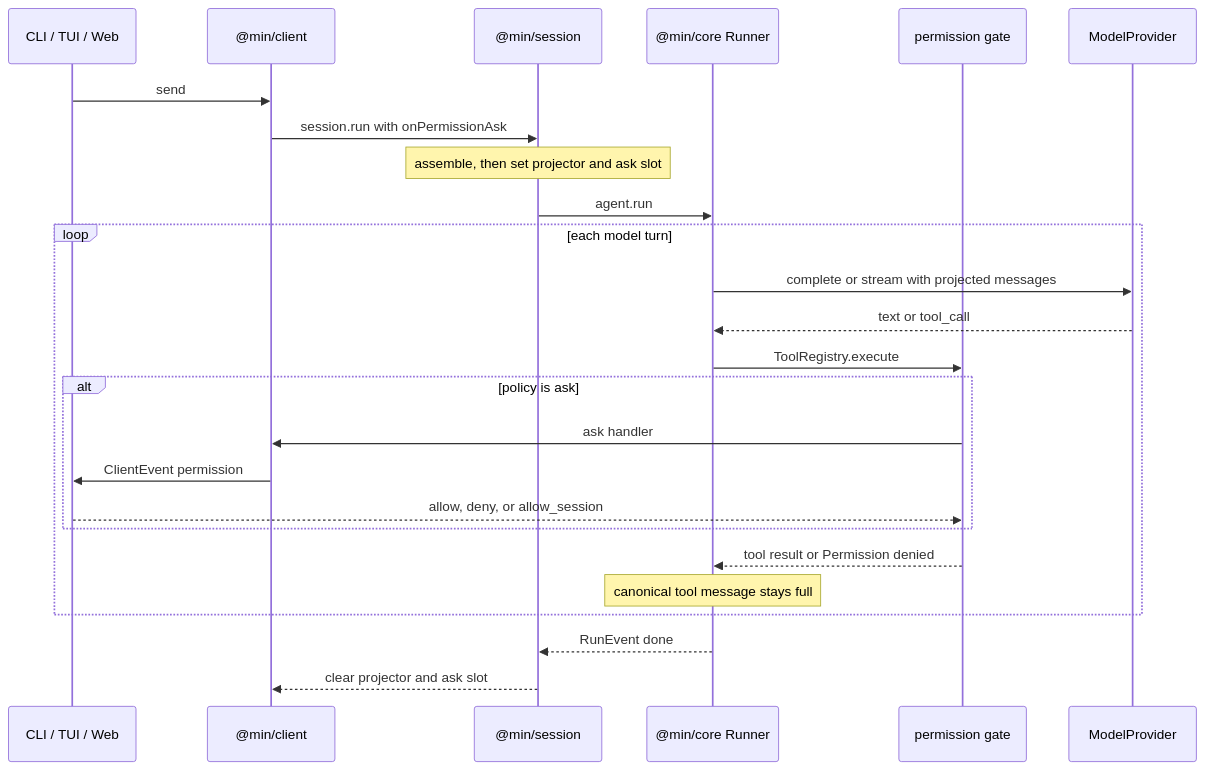
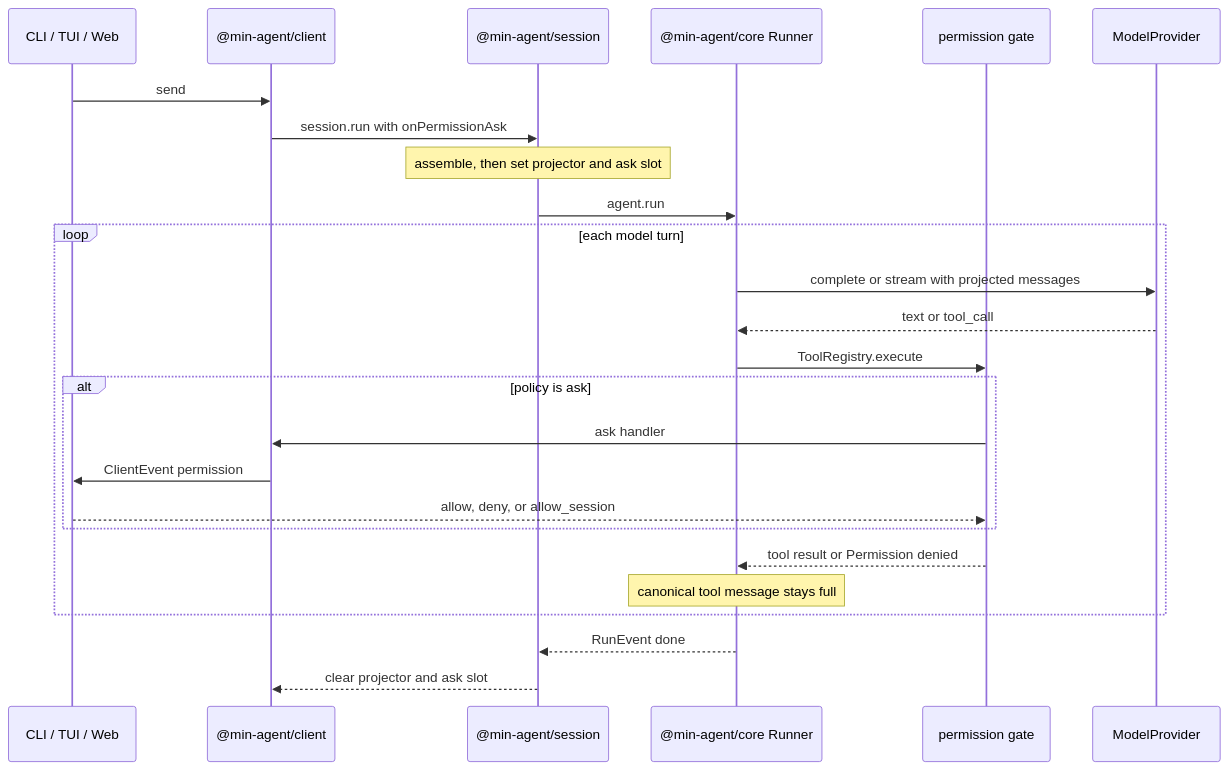
Before and after one commit to JonathanLee-LX/min: the second of 2 diagrams in README.md, drawn with Mermaid. The commit also changed other lines of this file and 107 other files, not shown here.

First line of the commit message:
chore: cut 0.1.0-alpha.0 under @min-agent

````diff
--- a/README.md
+++ b/README.md
@@ -78,28 +107,28 @@
 ```mermaid
 sequenceDiagram
   participant UI as CLI / TUI / Web
-  participant Client as @min/client
-  participant Session as @min/session
-  participant Runner as @min/core Runner
+  participant Client as @min-agent/client
+  participant Session as @min-agent/session
+  participant Runner as @min-agent/core Runner
   participant Gate as permission gate
   participant Model as ModelProvider
 
   UI->>Client: send
   Client->>Session: session.run with onPermissionAsk
   Note over Session: assemble, then set projector and ask slot
   Session->>Runner: agent.run
   loop each model turn
     Runner->>Model: complete or stream with projected messages
     Model-->>Runner: text or tool_call
     Runner->>Gate: ToolRegistry.execute
     alt policy is ask
       Gate->>Client: ask handler
       Client->>UI: ClientEvent permission
       UI-->>Gate: allow, deny, or allow_session
     end
     Gate-->>Runner: tool result or Permission denied
     Note over Runner: canonical tool message stays full
   end
   Runner-->>Session: RunEvent done
   Session-->>Client: clear projector and ask slot
 ```
````
